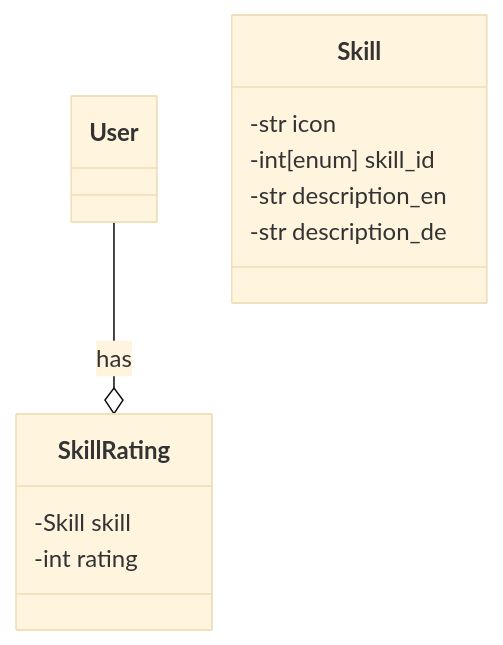
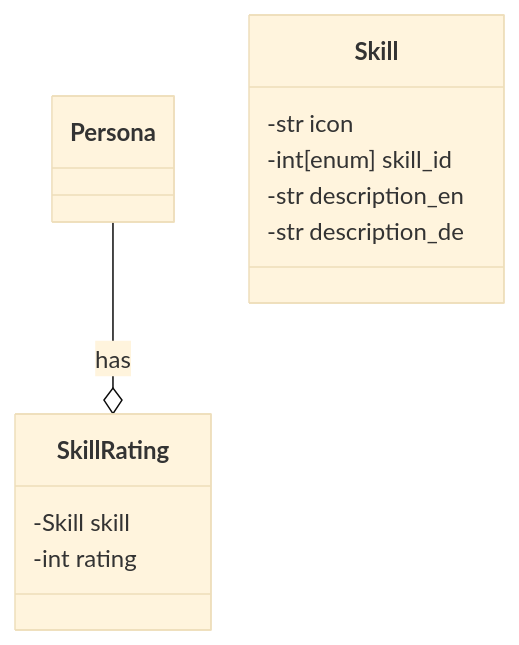
Before and after one commit to TetraPlex-org/central: the second of 2 diagrams in Documentation/technical/voting.md, drawn with Mermaid (base theme). The commit also changed other lines of this file and 3 other files, not shown here.

````diff
--- a/Documentation/technical/voting.md
+++ b/Documentation/technical/voting.md
@@ -56,20 +72,19 @@
 ```mermaid
 classDiagram
-    class User
-    User --o SkillRating : has
+    Persona --o SkillRating : has
     class Skill{
         -str icon
         -int[enum] skill_id
         -str description_en
         -str description_de
     }
     %% Why just en and de thou can we make another class for localization and use language independent tokens  (can be string) for the skill desc or any desc
 
     class SkillRating{
         -Skill skill
         -int rating
     }
 
 %% define rating scale rating mechanism
 
 ```
````
